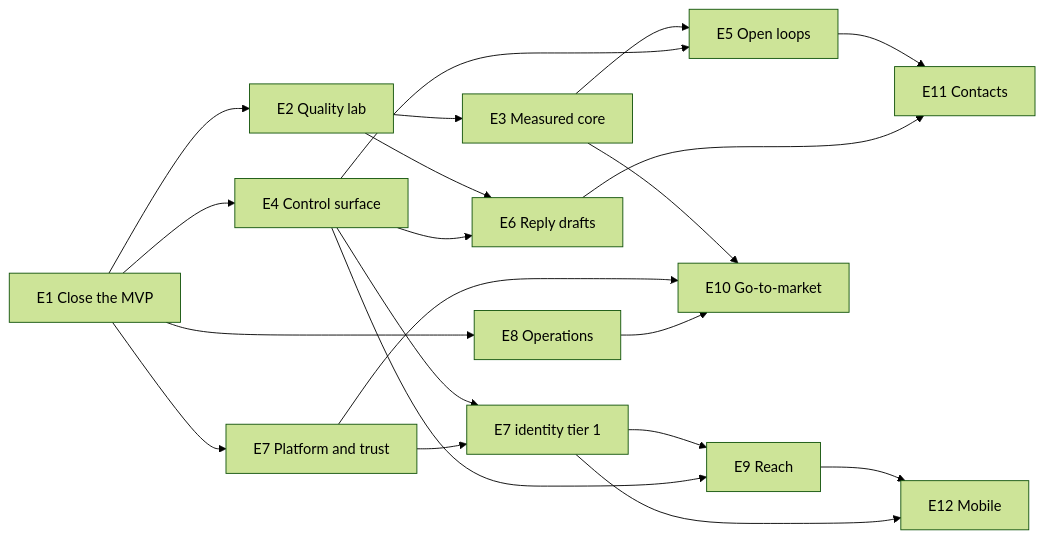
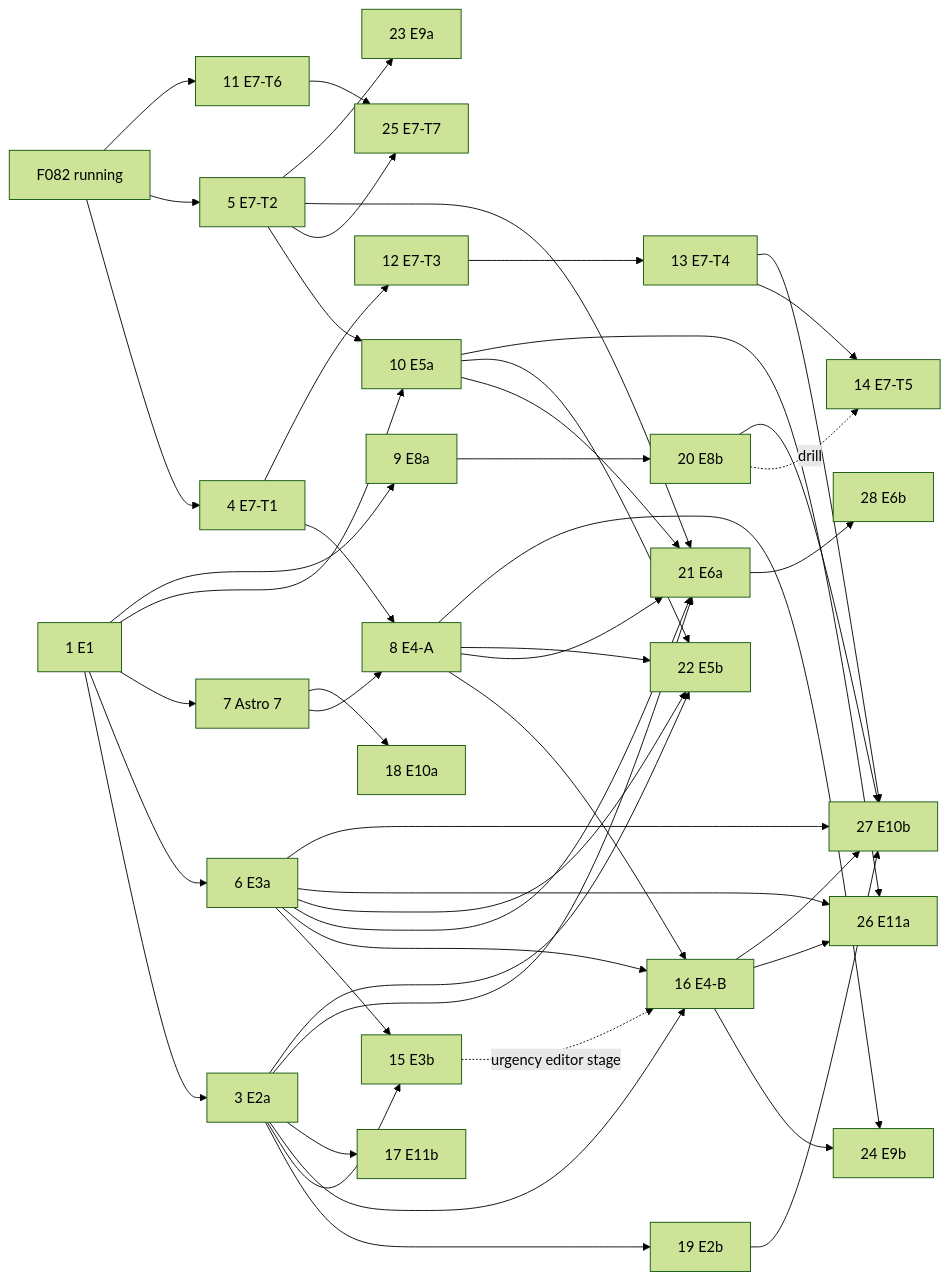
One commit to Artexs/email_assistant changed the diagram in docs/product/stage-2/05-execution-plan.md. Above: the diagram before and after it, drawn with Mermaid (forest theme). The commit also changed other lines of this file and 2 other files, not shown here.

Commit message:
docs(product): Stage 2 ticket order, needs and coordinator start rule

````diff
--- a/docs/product/stage-2/05-execution-plan.md
+++ b/docs/product/stage-2/05-execution-plan.md
@@ -25,35 +67,41 @@
 ```mermaid
 graph LR
-    E1[E1 Close the MVP]
-    E2[E2 Quality lab]
-    E3[E3 Measured core]
-    E4[E4 Control surface]
-    E5[E5 Open loops]
-    E6[E6 Reply drafts]
-    E7[E7 Platform and trust]
-    E7i[E7 identity tier 1]
-    E8[E8 Operations]
-    E9[E9 Reach]
-    E10[E10 Go-to-market]
-    E11[E11 Contacts]
-    E12[E12 Mobile]
-    E1 --> E2 --> E3
-    E1 --> E4
-    E1 --> E7
-    E1 --> E8
-    E4 --> E7i
-    E7 --> E7i
-    E3 --> E5
-    E4 --> E5
-    E2 --> E6
-    E4 --> E6
-    E7i --> E9
-    E4 --> E9
-    E3 --> E10
-    E7 --> E10
-    E8 --> E10
-    E5 --> E11
-    E6 --> E11
-    E9 --> E12
-    E7i --> E12
+    E1[1 E1] --> E2a[3 E2a] --> E2b[19 E2b] --> E10b[27 E10b]
+    E1 --> E3a[6 E3a] --> E3b[15 E3b]
+    E2a --> E3b
+    F082[F082 running] --> T1[4 E7-T1] --> E4A[8 E4-A] --> E4B[16 E4-B]
+    F082 --> T2[5 E7-T2]
+    E1 --> AST[7 Astro 7] --> E4A
+    AST --> E10a[18 E10a]
+    T2 --> E5a[10 E5a]
+    E1 --> E5a
+    E3a --> E4B
+    E2a --> E4B
+    E3b -. urgency editor stage .-> E4B
+    F082 --> T6[11 E7-T6] --> T7[25 E7-T7]
+    T2 --> T7
+    T1 --> T3[12 E7-T3] --> T4[13 E7-T4] --> T5[14 E7-T5]
+    E1 --> E8a[9 E8a] --> E8b[20 E8b]
+    E8b -. drill .-> T5
+    E2a --> E11b[17 E11b]
+    E2a --> E6a[21 E6a]
+    E3a --> E6a
+    E4A --> E6a
+    E5a --> E6a
+    T2 --> E6a
+    E2a --> E5b[22 E5b]
+    E3a --> E5b
+    E4A --> E5b
+    E5a --> E5b
+    T2 --> E9a[23 E9a]
+    E4A --> E9b[24 E9b]
+    E4B --> E9b
+    E3a --> E11a[26 E11a]
+    E5a --> E11a
+    E4B --> E11a
+    E3a --> E10b
+    E4B --> E10b
+    T4 --> E10b
+    E8b --> E10b
+    E6a --> E6b[28 E6b]
 ```
````
